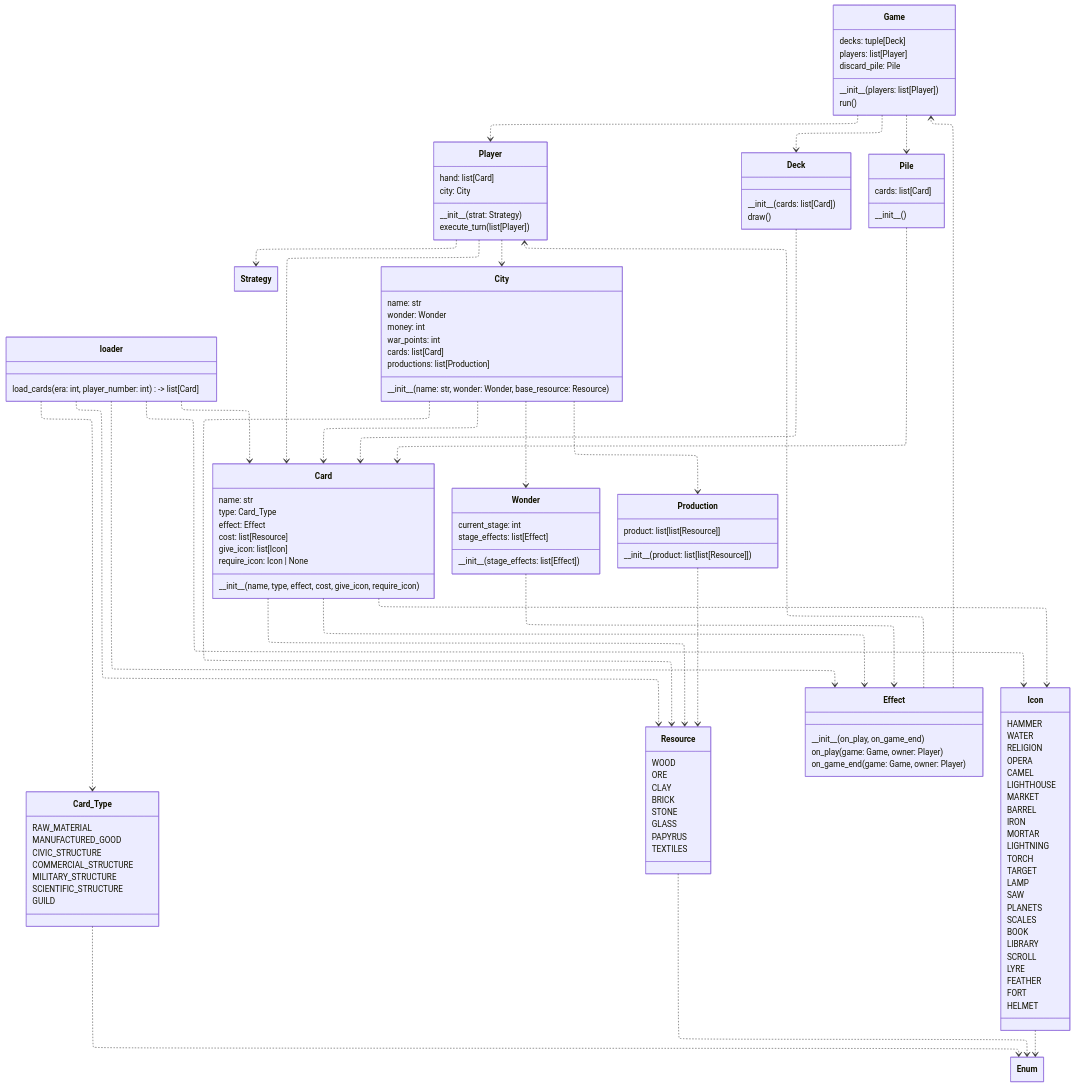
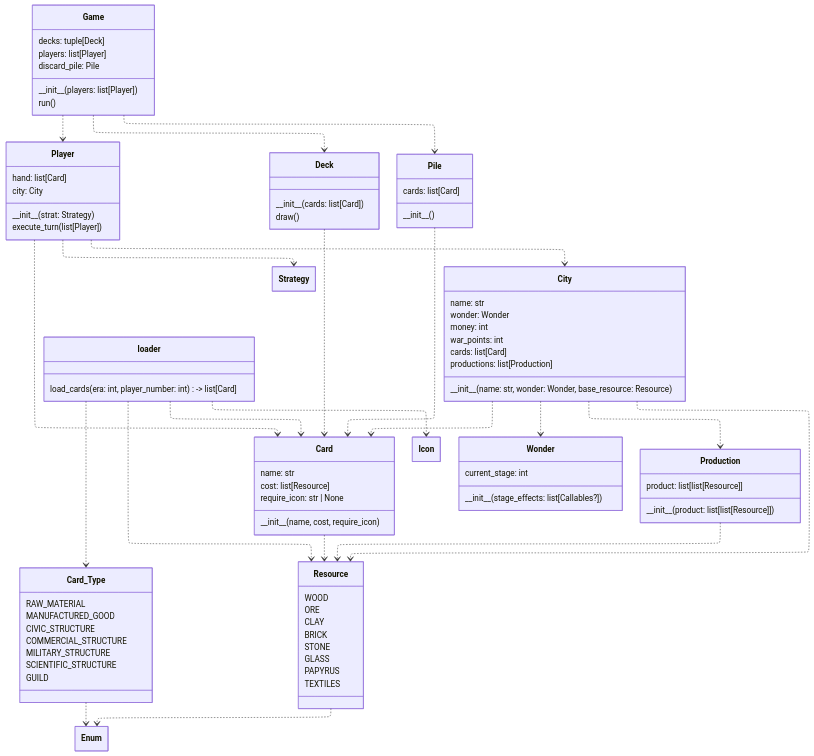
The diagram in doc/assets/src/hldesign.mmd (Oldranda1414/7sim), drawn with Mermaid before and after one commit. The commit also changed 1 other file, not shown here.

```diff
--- a/doc/assets/src/hldesign.mmd
+++ b/doc/assets/src/hldesign.mmd
@@ -1,151 +1,107 @@
 ---
 config:
   class:
     hideEmptyMembersBox: true
   layout: elk
 ---
 classDiagram
     class loader {
         load_cards(era: int, player_number: int) -> list[Card]
     }
     loader ..> Card
     loader ..> Card_Type
     loader ..> Resource
-    loader ..> Effect
     loader ..> Icon
 
     class Game {
         decks: tuple[Deck]
         players: list[Player]
         discard_pile: Pile
         \_\_init\_\_(players: list[Player])
         run()
     }
     Game ..> Player
     Game ..> Deck
     Game ..> Pile
 
     class Player {
         hand: list[Card]
         city: City
         \_\_init\_\_(strat: Strategy)
         execute_turn(list[Player])
     }
     Player ..> Strategy
     Player ..> City
     Player ..> Card
 
     class Strategy {
         %% \_\_init\_\_()
     }
 
     class Deck {
         \_\_init\_\_(cards: list[Card])
         draw()
     }
     Deck ..> Card
 
     class Pile {
         \_\_init\_\_()
         cards: list[Card]
     }
     Pile ..> Card
 
     class Card {
         name: str
-        type: Card_Type
-        effect: Effect
         cost: list[Resource]
-        give_icon: list[Icon]
-        require_icon: Icon | None
-        \_\_init\_\_(name, type, effect, cost, give_icon, require_icon)
+        require_icon: str | None
+        \_\_init\_\_(name, cost, require_icon)
     }
-    Card ..> Effect
     Card ..> Resource
-    Card ..> Icon
 
     class Card_Type {
       RAW_MATERIAL
       MANUFACTURED_GOOD
       CIVIC_STRUCTURE
       COMMERCIAL_STRUCTURE
       MILITARY_STRUCTURE
       SCIENTIFIC_STRUCTURE
       GUILD
     }
     Card_Type ..> Enum
-
-    class Icon {
-      HAMMER
-      WATER
-      RELIGION
-      OPERA
-      CAMEL
-      LIGHTHOUSE
-      MARKET
-      BARREL
-      IRON
-      MORTAR
-      LIGHTNING
-      TORCH
-      TARGET
-      LAMP
-      SAW
-      PLANETS
-      SCALES
-      BOOK
-      LIBRARY
-      SCROLL
-      LYRE
-      FEATHER
-      FORT
-      HELMET
-    }
-    Icon ..> Enum
 
     class Resource {
       WOOD
       ORE
       CLAY
       BRICK
       STONE
       GLASS
       PAPYRUS
       TEXTILES
     }
     Resource ..> Enum
 
     class City {
         name: str
         wonder: Wonder
         money: int
         war_points: int
         cards: list[Card]
         productions: list[Production]
         \_\_init\_\_(name: str, wonder: Wonder, base_resource: Resource)
     }
     City ..> Card
     City ..> Wonder
     City ..> Resource
     City ..> Production
 
     class Production {
         product: list[list[Resource]]
         \_\_init\_\_(product: list[list[Resource]])
     }
     Production ..> Resource
 
     class Wonder {
         current_stage: int
-        stage_effects: list[Effect]
-        \_\_init\_\_(stage_effects: list[Effect])
+        \_\_init\_\_(stage_effects: list[Callables?])
     }
-    Wonder ..> Effect
-
-    class Effect {
-        \_\_init\_\_(on_play, on_game_end)
-        on_play(game: Game, owner: Player)
-        on_game_end(game: Game, owner: Player)
-    }
-    Effect ..> Game
-    Effect ..> Player
```
